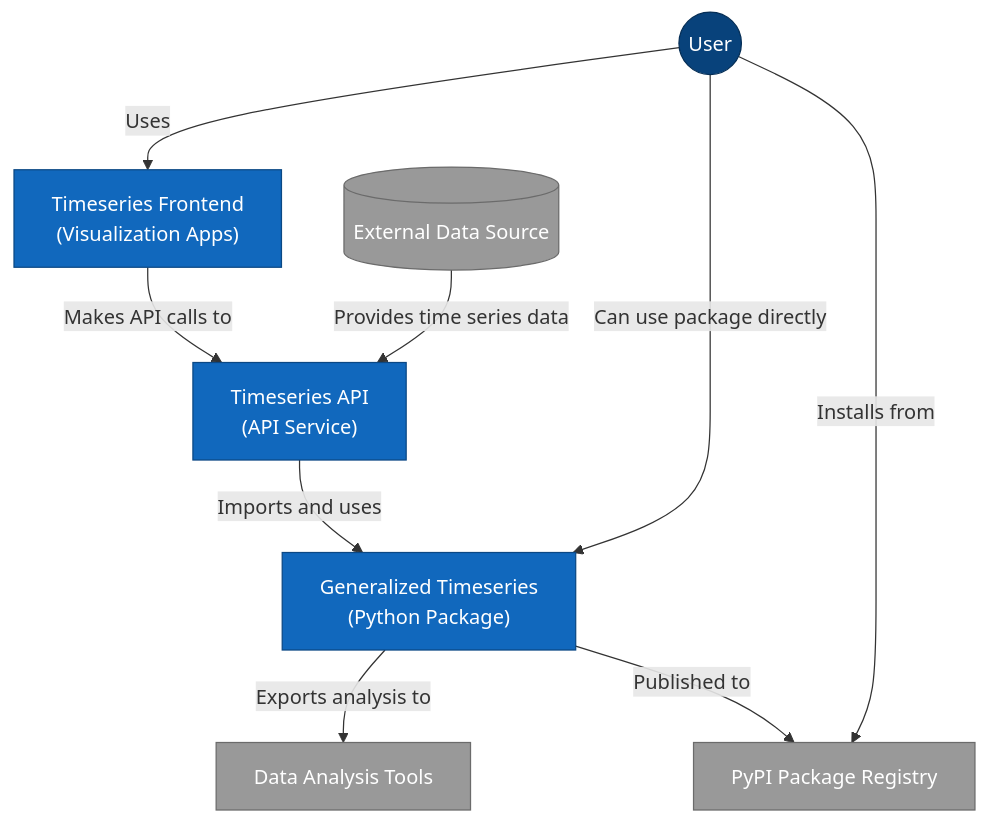
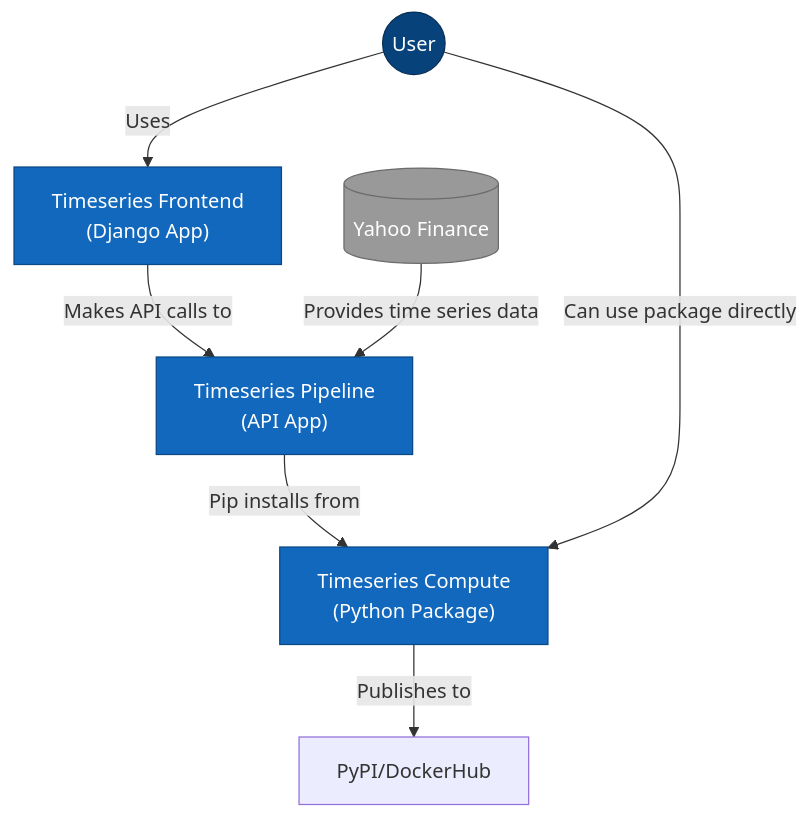
The first of 5 diagrams in README.md (garthmortensen/timeseries-api), drawn with Mermaid before and after one commit. The commit also changed 9 other files, not shown here.

````diff
--- a/README.md
+++ b/README.md
@@ -37,29 +37,25 @@
 ```mermaid
 flowchart TB
     %% Styling
     classDef person fill:#08427B,color:#fff,stroke:#052E56,stroke-width:1px
     classDef system fill:#1168BD,color:#fff,stroke:#0B4884,stroke-width:1px
     classDef external fill:#999999,color:#fff,stroke:#6B6B6B,stroke-width:1px
     %% Actors and Systems
     User((User)):::person
     %% Main Systems
     TimeSeriesFrontend["Timeseries Frontend
-    (Visualization Apps)"]:::system
-    TimeSeriesPipeline["Timeseries API
-    (API Service)"]:::system
-    GeneralizedTimeseries["Generalized Timeseries
+    (Django App)"]:::system
+    TimeSeriesPipeline["Timeseries Pipeline
+    (API App)"]:::system
+    TimeseriesCompute["Timeseries Compute
     (Python Package)"]:::system
     %% External Systems
-    ExternalDataSource[(External Data Source)]:::external
-    AnalysisTool["Data Analysis Tools"]:::external
-    PyPI["PyPI Package Registry"]:::external
+    ExternalDataSource[(Yahoo Finance)]:::external
     %% Relationships
     User -- "Uses" --> TimeSeriesFrontend
     TimeSeriesFrontend -- "Makes API calls to" --> TimeSeriesPipeline
-    TimeSeriesPipeline -- "Imports and uses" --> GeneralizedTimeseries
-    User -- "Can use package directly" --> GeneralizedTimeseries  
+    TimeSeriesPipeline -- "Pip installs from" --> TimeseriesCompute
+    User -- "Can use package directly" --> TimeseriesCompute  
     ExternalDataSource -- "Provides time series data" --> TimeSeriesPipeline
-    GeneralizedTimeseries -- "Exports analysis to" --> AnalysisTool
-    GeneralizedTimeseries -- "Published to" --> PyPI
-    User -- "Installs from" --> PyPI
+    TimeseriesCompute -- "Publishes to" --> PyPI/DockerHub
 ```
````
